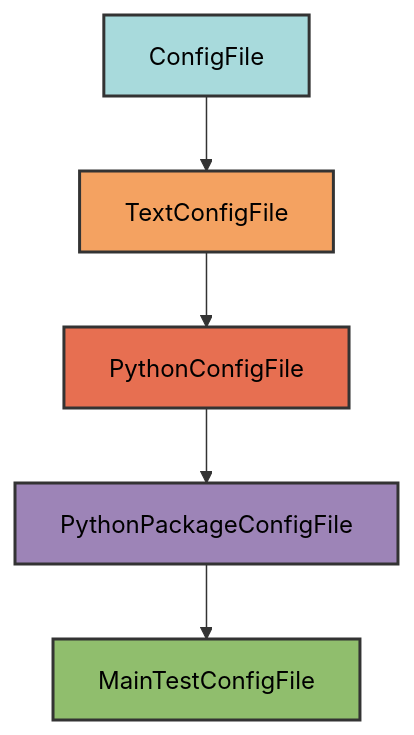
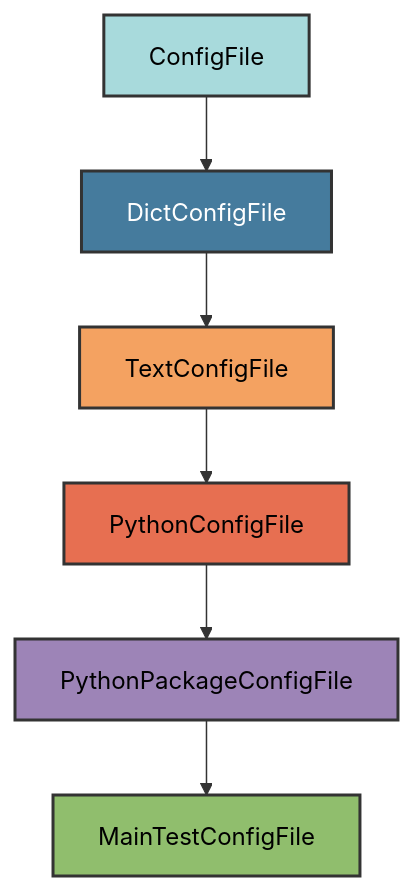
The diagram in docs/configs/test_main.md (Winipedia/pyrig), drawn with Mermaid before and after one commit. The commit also changed other lines of this file and 21 other files, not shown here.

````diff
--- a/docs/configs/test_main.md
+++ b/docs/configs/test_main.md
@@ -17,13 +17,15 @@
 ```mermaid
 graph TD
-    A[ConfigFile] --> B[TextConfigFile]
-    B --> C[PythonConfigFile]
-    C --> D[PythonPackageConfigFile]
-    D --> E[MainTestConfigFile]
+    A[ConfigFile] --> B[DictConfigFile]
+    B --> C[TextConfigFile]
+    C --> D[PythonConfigFile]
+    D --> E[PythonPackageConfigFile]
+    E --> F[MainTestConfigFile]
 
     style A fill:#a8dadc,stroke:#333,stroke-width:2px,color:#000
-    style B fill:#f4a261,stroke:#333,stroke-width:2px,color:#000
-    style C fill:#e76f51,stroke:#333,stroke-width:2px,color:#000
-    style D fill:#9d84b7,stroke:#333,stroke-width:2px,color:#000
-    style E fill:#90be6d,stroke:#333,stroke-width:2px,color:#000
+    style B fill:#457b9d,stroke:#333,stroke-width:2px,color:#fff
+    style C fill:#f4a261,stroke:#333,stroke-width:2px,color:#000
+    style D fill:#e76f51,stroke:#333,stroke-width:2px,color:#000
+    style E fill:#9d84b7,stroke:#333,stroke-width:2px,color:#000
+    style F fill:#90be6d,stroke:#333,stroke-width:2px,color:#000
 ```
````
